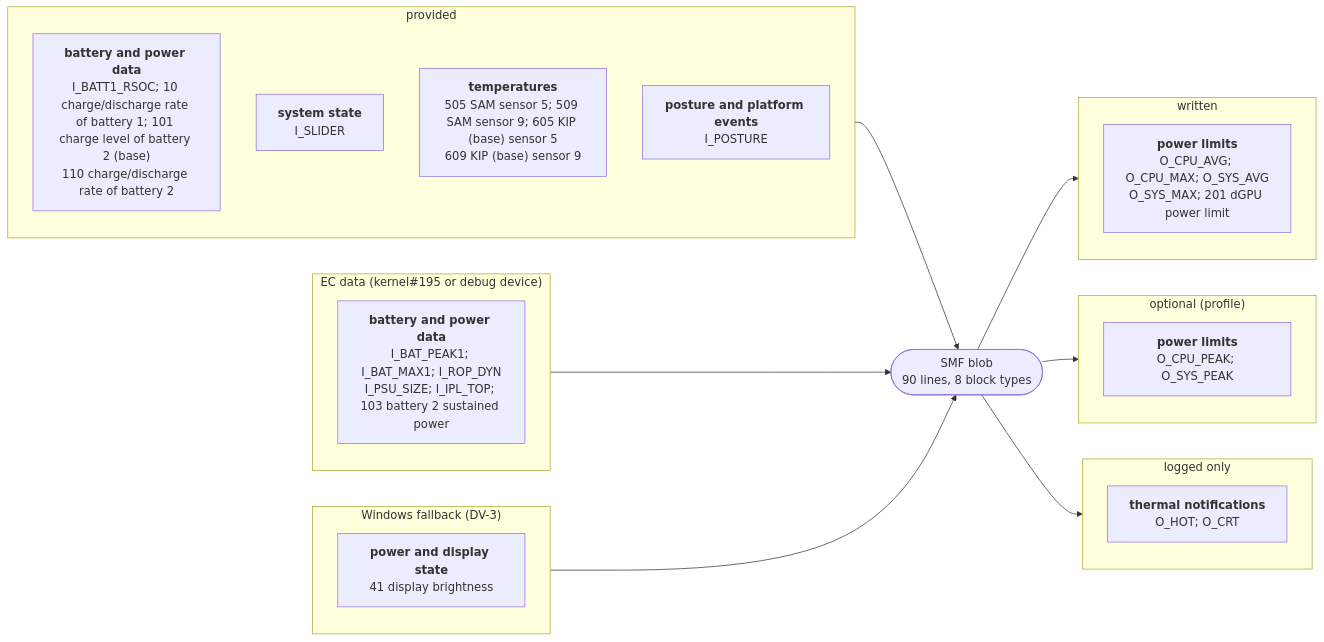
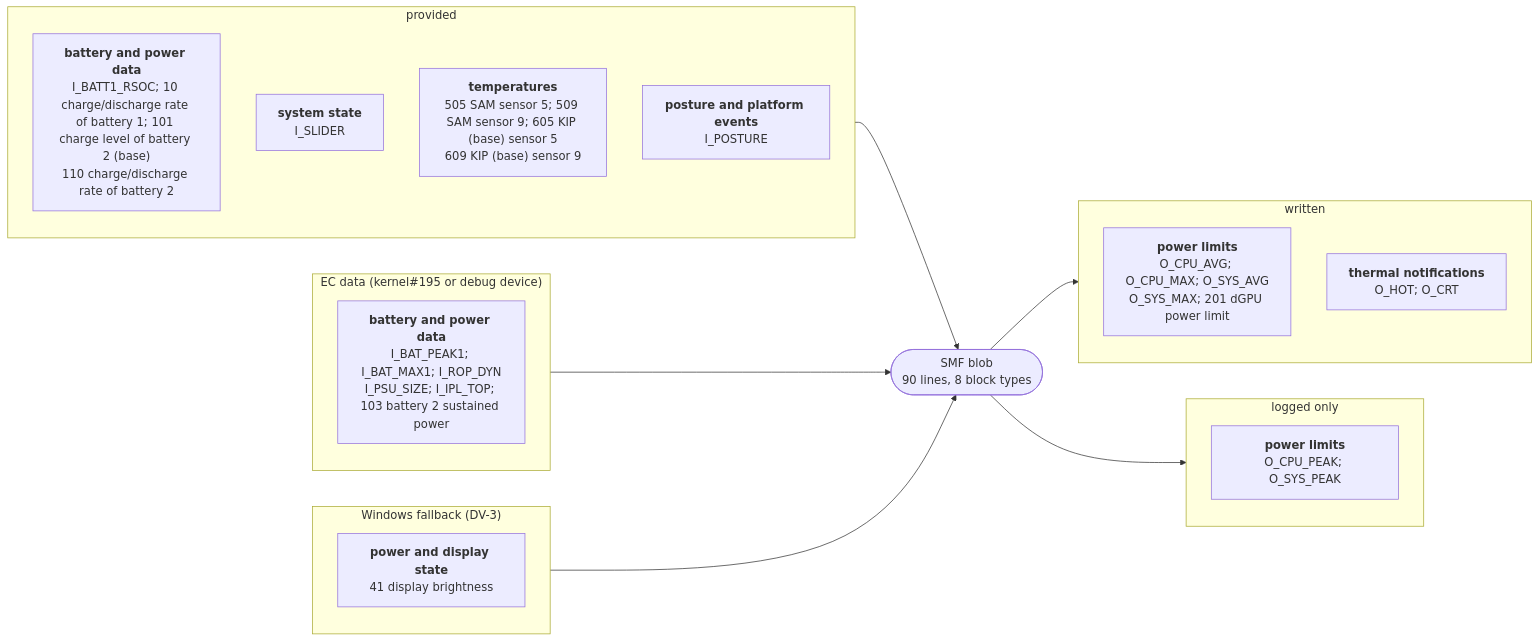
The diagram in docs/devices/surface-book-3-15.md (larsschellhas/linux-surface-power), drawn with Mermaid before and after one commit. The commit also changed other lines of this file and 53 other files, not shown here.

First line of the commit message:
Write PL3, PL4 and the thermal-policy requests; control only with every output written

````diff
--- a/docs/devices/surface-book-3-15.md
+++ b/docs/devices/surface-book-3-15.md
@@ -19,31 +19,28 @@
 ```mermaid
 flowchart LR
     subgraph IN0["provided"]
         I0_28B7BD85["<b>battery and power data</b><br/>I_BATT1_RSOC; 10 charge/discharge rate of battery 1; 101 charge level of battery 2 (base)<br/>110 charge/discharge rate of battery 2"]
         I0_2DD6960F["<b>system state</b><br/>I_SLIDER"]
         I0_2E8B14C2["<b>temperatures</b><br/>505 SAM sensor 5; 509 SAM sensor 9; 605 KIP (base) sensor 5<br/>609 KIP (base) sensor 9"]
         I0_8060B17F["<b>posture and platform events</b><br/>I_POSTURE"]
     end
     IN0 --> B
     subgraph IN1["EC data (kernel#195 or debug device)"]
         I1_28B7BD85["<b>battery and power data</b><br/>I_BAT_PEAK1; I_BAT_MAX1; I_ROP_DYN<br/>I_PSU_SIZE; I_IPL_TOP; 103 battery 2 sustained power"]
     end
     IN1 --> B
     subgraph IN2["Windows fallback (DV-3)"]
         I2_1FB53D4C["<b>power and display state</b><br/>41 display brightness"]
     end
     IN2 --> B
     B(["SMF blob<br/>90 lines, 8 block types"])
     subgraph OUT0["written"]
         O0_0B7B5350["<b>power limits</b><br/>O_CPU_AVG; O_CPU_MAX; O_SYS_AVG<br/>O_SYS_MAX; 201 dGPU power limit"]
+        O0_110DF2A4["<b>thermal notifications</b><br/>O_HOT; O_CRT"]
     end
     B --> OUT0
-    subgraph OUT1["optional (profile)"]
+    subgraph OUT1["logged only"]
         O1_0B7B5350["<b>power limits</b><br/>O_CPU_PEAK; O_SYS_PEAK"]
     end
     B --> OUT1
-    subgraph OUT2["logged only"]
-        O2_110DF2A4["<b>thermal notifications</b><br/>O_HOT; O_CRT"]
-    end
-    B --> OUT2
 ```
````
